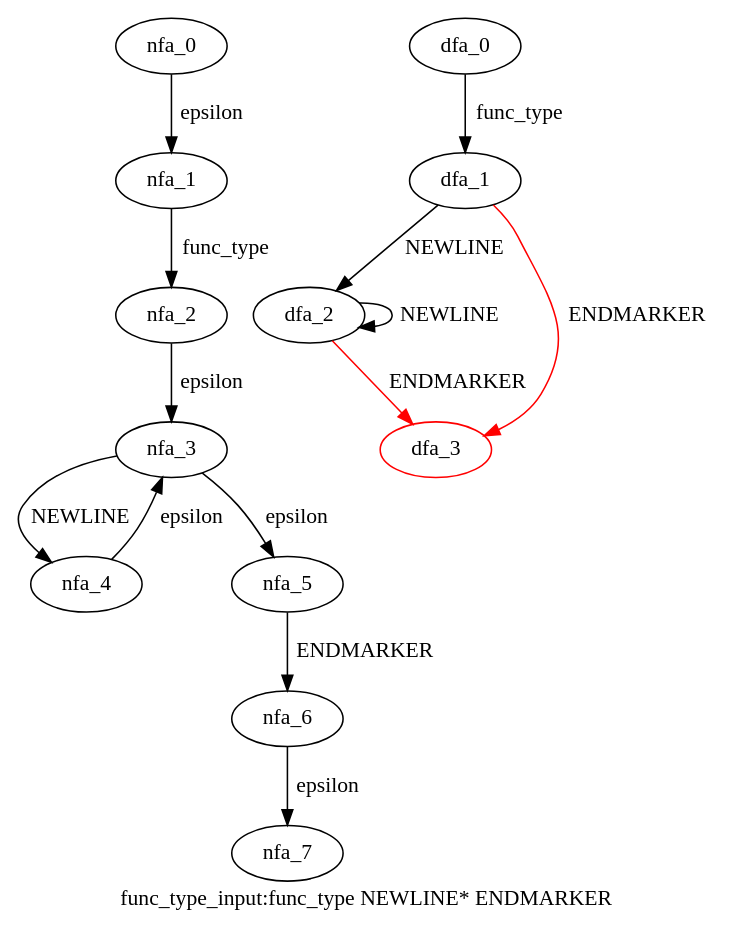
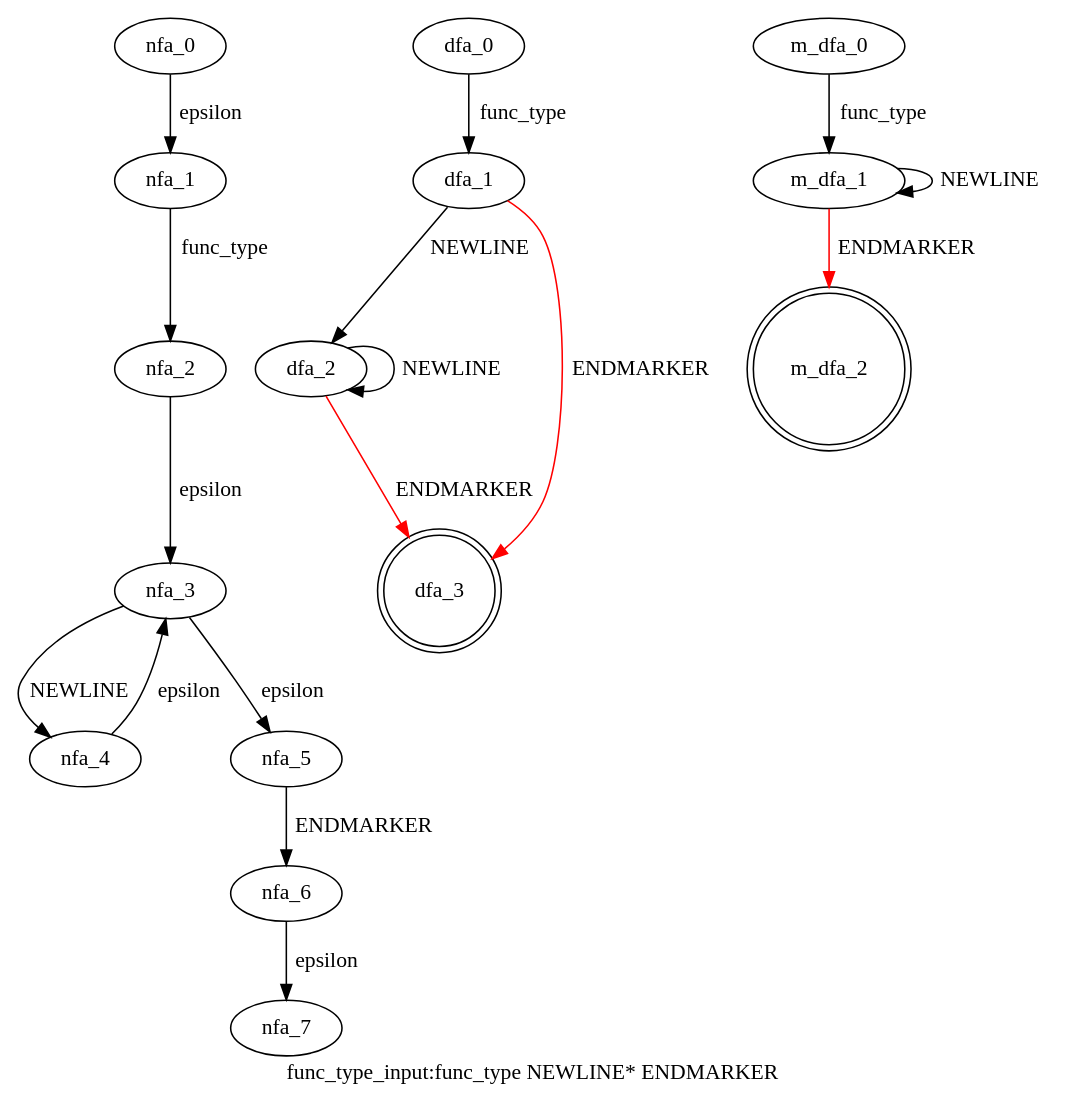
One commit to WinChua/blog changed the diagram in cpython/grammar/handwrite/nfa_dfas/89.func_type_input.dot. Above: the diagram before and after it, drawn with Graphviz. The commit also changed 183 other files, not shown here.

```diff
--- a/cpython/grammar/handwrite/nfa_dfas/89.func_type_input.dot
+++ b/cpython/grammar/handwrite/nfa_dfas/89.func_type_input.dot
@@ -1,21 +1,27 @@
 digraph func_type_input {
  graph[label="func_type_input:func_type NEWLINE* ENDMARKER"]
  subgraph func_type_input_nfa {
   nfa_0->nfa_1[label="epsilon"]
   nfa_1->nfa_2[label="func_type"]
   nfa_2->nfa_3[label="epsilon"]
   nfa_3->nfa_4[label="NEWLINE"]
   nfa_4->nfa_3[label="epsilon"]
   nfa_3->nfa_5[label="epsilon"]
   nfa_5->nfa_6[label="ENDMARKER"]
   nfa_6->nfa_7[label="epsilon"]
   }
  subgraph func_type_input_dfa {
   dfa_0->dfa_1[label="func_type"]
   dfa_1->dfa_2[label="NEWLINE"]
+  dfa_2->dfa_2[label="NEWLINE"]
   dfa_2->dfa_3[label="ENDMARKER",color=red]
-  dfa_2->dfa_2[label="NEWLINE"]
   dfa_1->dfa_3[label="ENDMARKER",color=red]
-  dfa_3[color=red]
+  dfa_3[shape=doublecircle]
+  }
+ subgraph func_type_input_m_dfa {
+  m_dfa_0->m_dfa_1[label="func_type"]
+  m_dfa_1->m_dfa_2[label="ENDMARKER",color=red]
+  m_dfa_1->m_dfa_1[label="NEWLINE"]
+  m_dfa_2[shape=doublecircle]
   }
 }
```
